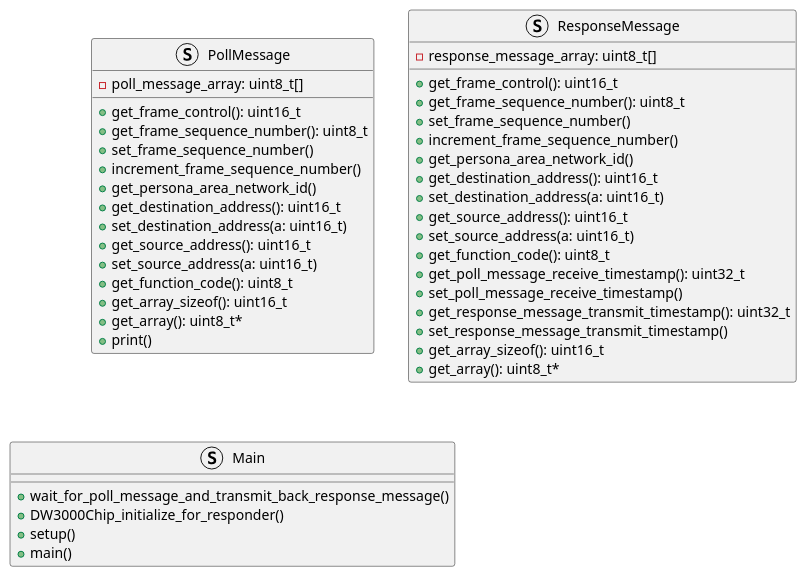
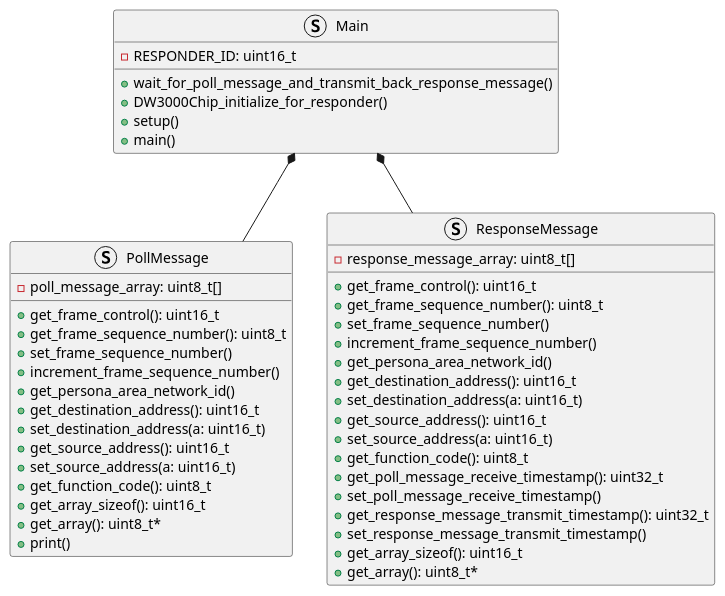
One commit to Chatchai222/sensor_positioner changed the diagram in dw3000_interface/chatchai_version/uwb_responder.plantuml. Above: the diagram before and after it, drawn with PlantUML. The commit also changed 1 other file, not shown here.

Commit message:
Updated uwb initiator and responder uml

```diff
--- a/dw3000_interface/chatchai_version/uwb_responder.plantuml
+++ b/dw3000_interface/chatchai_version/uwb_responder.plantuml
@@ -1,47 +1,53 @@
 @startuml
 struct PollMessage {
     - poll_message_array: uint8_t[]
 
     + get_frame_control(): uint16_t
     + get_frame_sequence_number(): uint8_t
     + set_frame_sequence_number()
     + increment_frame_sequence_number()
     + get_persona_area_network_id()
     + get_destination_address(): uint16_t
     + set_destination_address(a: uint16_t)
     + get_source_address(): uint16_t
     + set_source_address(a: uint16_t)
     + get_function_code(): uint8_t
     + get_array_sizeof(): uint16_t
     + get_array(): uint8_t*
     + print()
 }
 
 struct ResponseMessage {
     - response_message_array: uint8_t[]
+
     + get_frame_control(): uint16_t
     + get_frame_sequence_number(): uint8_t
     + set_frame_sequence_number()
     + increment_frame_sequence_number()
     + get_persona_area_network_id()
     + get_destination_address(): uint16_t
     + set_destination_address(a: uint16_t)
     + get_source_address(): uint16_t
     + set_source_address(a: uint16_t)
     + get_function_code(): uint8_t
     + get_poll_message_receive_timestamp(): uint32_t
     + set_poll_message_receive_timestamp()
     + get_response_message_transmit_timestamp(): uint32_t
     + set_response_message_transmit_timestamp()
     + get_array_sizeof(): uint16_t
     + get_array(): uint8_t*
 }
 
 struct Main {
+    - RESPONDER_ID: uint16_t
+
     + wait_for_poll_message_and_transmit_back_response_message()
     + DW3000Chip_initialize_for_responder()
     + setup()
     + main()
 }
 
+Main *-- PollMessage
+Main *-- ResponseMessage
+
 @enduml
```
